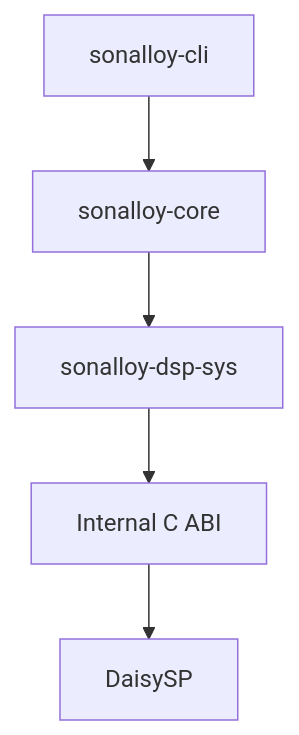
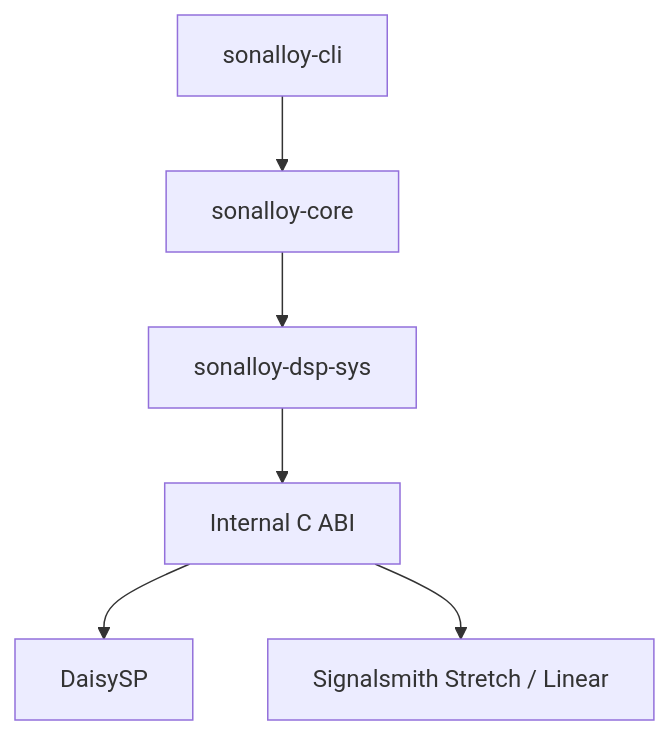
The diagram in docs/architecture.md (endo-ly/sonalloy), drawn with Mermaid before and after one commit. The commit also changed other lines of this file and 149 other files, not shown here.

````diff
--- a/docs/architecture.md
+++ b/docs/architecture.md
@@ -18,7 +18,8 @@
 ```mermaid
 flowchart TD
     CLI[sonalloy-cli] --> Core[sonalloy-core]
     Core --> Sys[sonalloy-dsp-sys]
     Sys --> ABI[Internal C ABI]
     ABI --> DSP[DaisySP]
+    ABI --> Stretch[Signalsmith Stretch / Linear]
 ```
````
